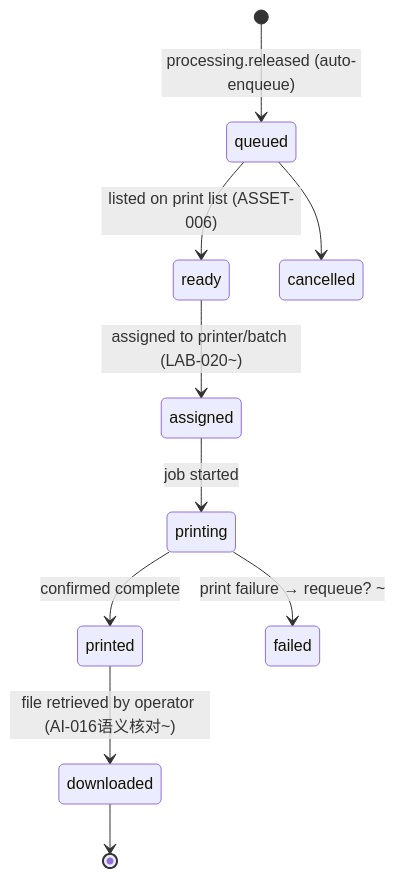
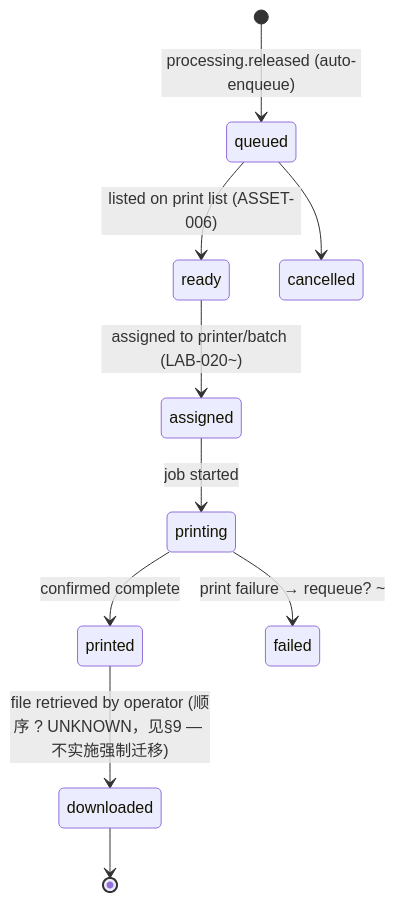
The fourth of 6 diagrams in docs/architecture/state-machines.md (xiwei9871/open-rx), drawn with Mermaid before and after one commit. The commit also changed other lines of this file and 52 other files, not shown here.

````diff
--- a/docs/architecture/state-machines.md
+++ b/docs/architecture/state-machines.md
@@ -101,12 +101,12 @@
 ```mermaid
 stateDiagram-v2
   [*] --> queued : processing.released (auto-enqueue)
   queued --> ready : listed on print list (ASSET-006)
   ready --> assigned : assigned to printer/batch (LAB-020~)
   assigned --> printing : job started
   printing --> printed : confirmed complete
   printing --> failed : print failure → requeue? ~
-  printed --> downloaded : file retrieved by operator (AI-016语义核对~)
+  printed --> downloaded : file retrieved by operator (顺序 ? UNKNOWN，见§9 — 不实施强制迁移)
   downloaded --> [*]
   queued --> cancelled
 ```
````
